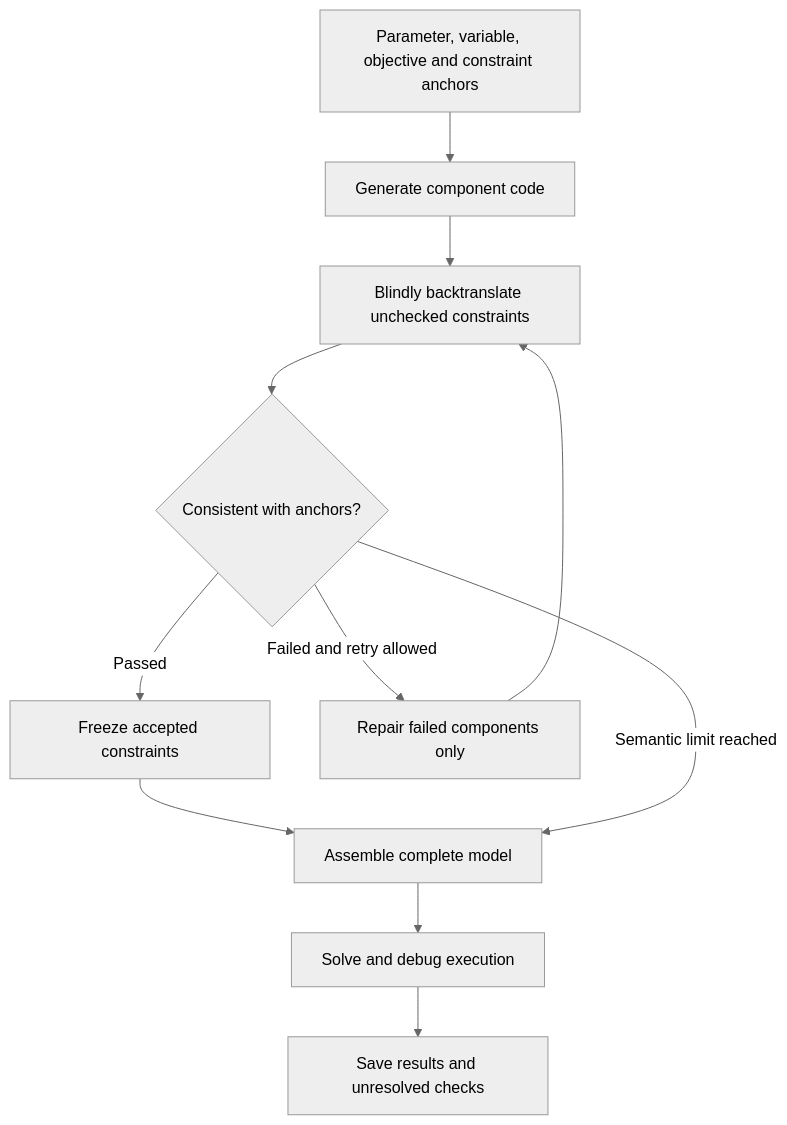
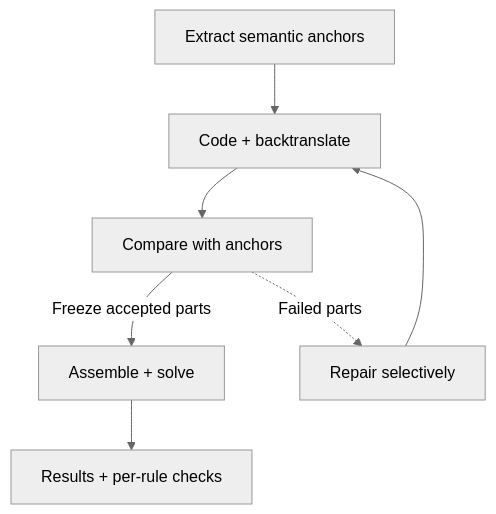
Before and after one commit to Fangziyang0910/LLM4OM: the diagram in website/content/en/sac-opt.md, drawn with Mermaid (neutral theme). The commit also changed other lines of this file and 231 other files, not shown here.

````diff
--- a/website/content/en/sac-opt.md
+++ b/website/content/en/sac-opt.md
@@ -11,13 +11,14 @@
 ```mermaid
 flowchart TB
-  Anchors["Parameter, variable, objective and constraint anchors"] --> Generate["Generate component code"]
-  Generate --> Translate["Blindly backtranslate unchecked constraints"]
-  Translate --> Compare{"Consistent with anchors?"}
-  Compare -->|Passed| Freeze["Freeze accepted constraints"]
-  Compare -->|Failed and retry allowed| Repair["Repair failed components only"]
-  Repair --> Translate
-  Freeze --> Assemble["Assemble complete model"]
-  Compare -->|Semantic limit reached| Assemble
-  Assemble --> Solve["Solve and debug execution"]
-  Solve --> Finish["Save results and unresolved checks"]
+  Anchors["Extract semantic anchors"]
+  Generate["Code + backtranslate"]
+  Compare["Compare with anchors"]
+  Repair["Repair selectively"]
+  Assemble["Assemble + solve"]
+  Finish["Results + per-rule checks"]
+  Anchors --> Generate --> Compare
+  Compare -->|Freeze accepted parts| Assemble
+  Compare -.->|Failed parts| Repair
+  Repair --> Generate
+  Assemble --> Finish
 ```
````
